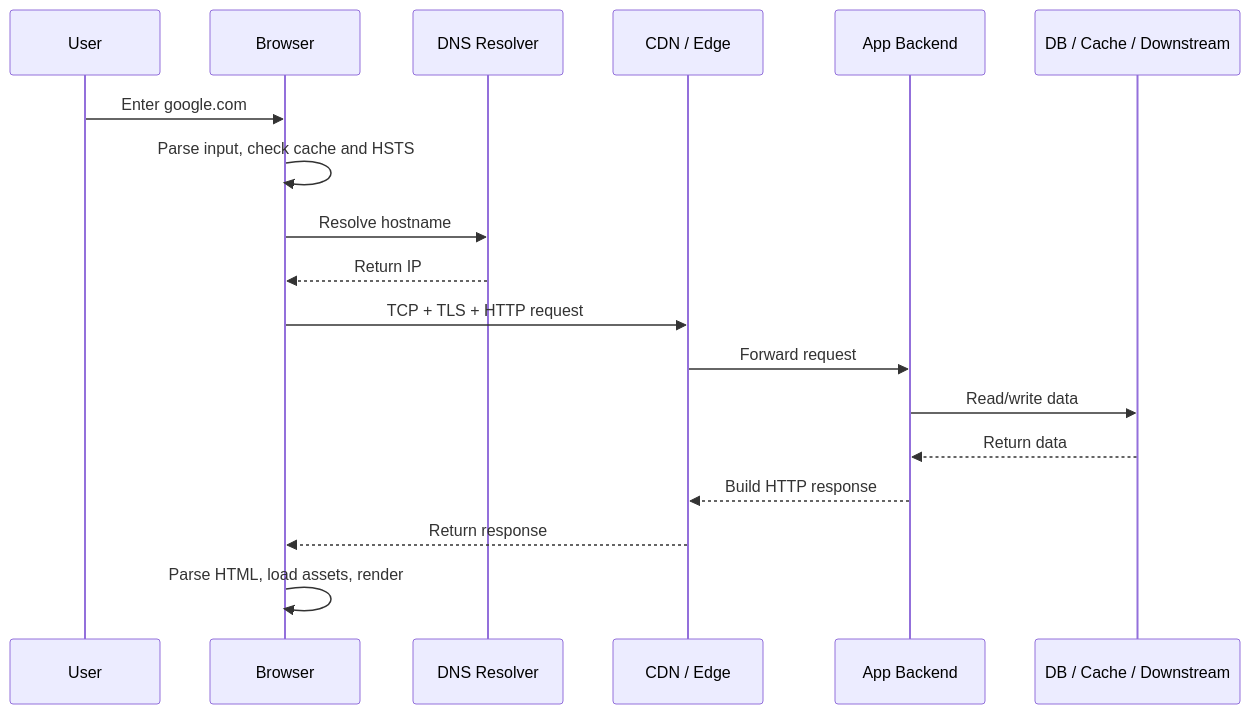
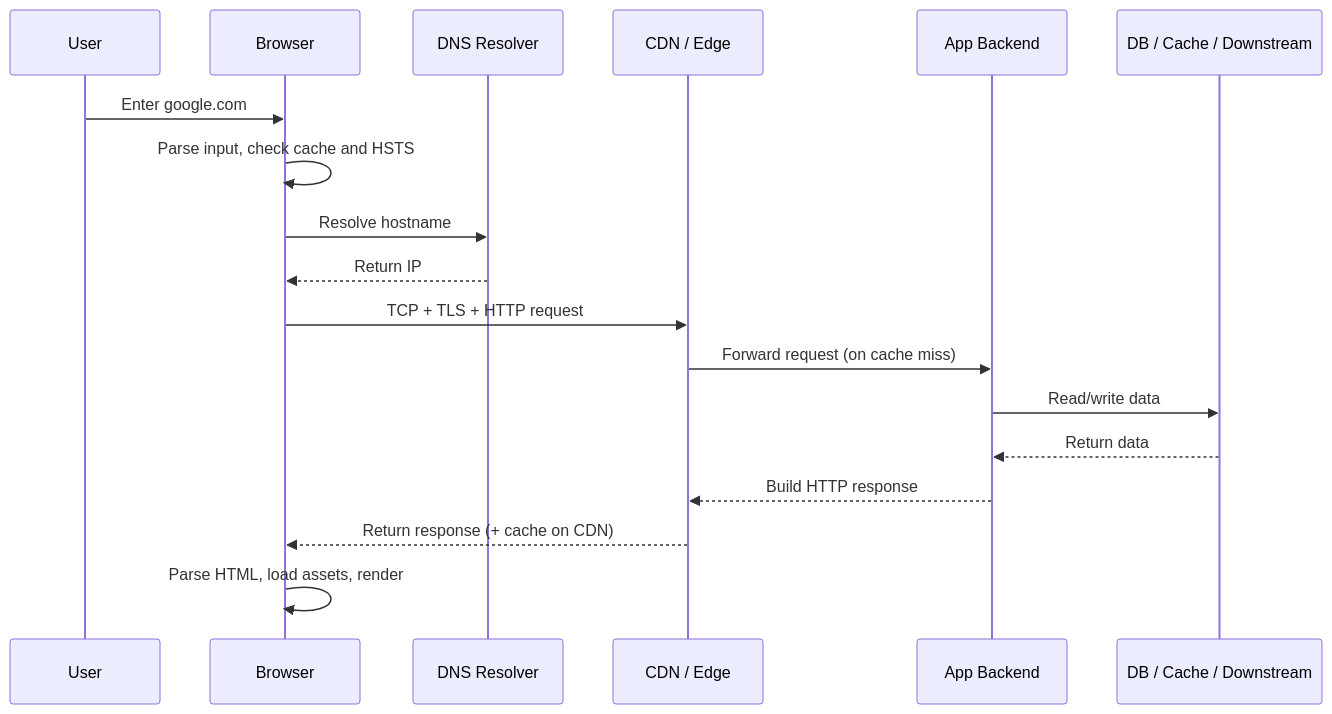
One commit to fev0ks/LearnGoLang changed the second of 2 diagrams in docs/senior-golang-study/08-networking-and-api/request-lifecycle/README.md. Above: the diagram before and after it, drawn with Mermaid. The commit also changed other lines of this file and 53 other files, not shown here.

````diff
--- a/docs/senior-golang-study/08-networking-and-api/request-lifecycle/README.md
+++ b/docs/senior-golang-study/08-networking-and-api/request-lifecycle/README.md
@@ -35,21 +35,21 @@
 ```mermaid
 sequenceDiagram
     participant U as User
     participant B as Browser
     participant D as DNS Resolver
     participant E as CDN / Edge
     participant A as App Backend
     participant S as DB / Cache / Downstream
 
     U->>B: Enter google.com
     B->>B: Parse input, check cache and HSTS
     B->>D: Resolve hostname
     D-->>B: Return IP
     B->>E: TCP + TLS + HTTP request
-    E->>A: Forward request
+    E->>A: Forward request (on cache miss)
     A->>S: Read/write data
     S-->>A: Return data
     A-->>E: Build HTTP response
-    E-->>B: Return response
+    E-->>B: Return response (+ cache on CDN)
     B->>B: Parse HTML, load assets, render
 ```
````
